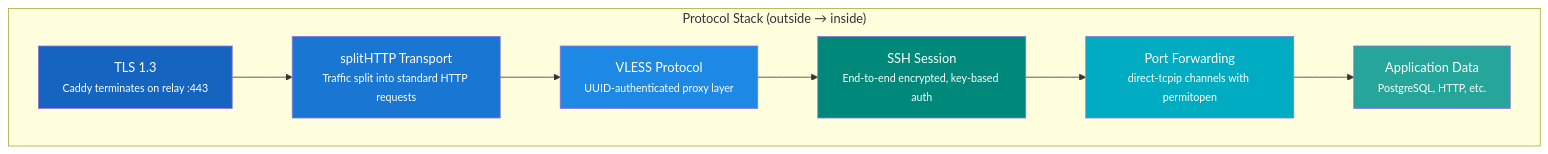
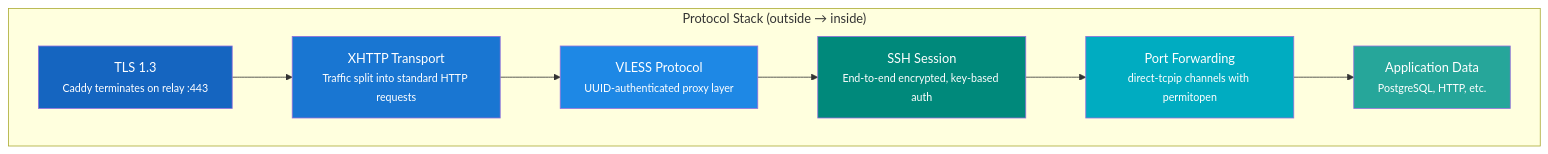
Before and after one commit to Tunnel-Whisperer/Tunnel-Whisperer: the first of 2 diagrams in docs/architecture/solution-strategy.md, drawn with Mermaid. The commit also changed other lines of this file and 34 other files, not shown here.

Commit message:
splithttp -> xhttp for btter performance on traffic bursts and doc update

````diff
--- a/docs/architecture/solution-strategy.md
+++ b/docs/architecture/solution-strategy.md
@@ -7,20 +7,20 @@
 ```mermaid
 graph TB
     subgraph "Protocol Stack (outside → inside)"
         TLS["TLS 1.3<br/><small>Caddy terminates on relay :443</small>"]
-        HTTP["splitHTTP Transport<br/><small>Traffic split into standard HTTP requests</small>"]
+        HTTP["XHTTP Transport<br/><small>Traffic split into standard HTTP requests</small>"]
         VLESS["VLESS Protocol<br/><small>UUID-authenticated proxy layer</small>"]
         SSH["SSH Session<br/><small>End-to-end encrypted, key-based auth</small>"]
         FWD["Port Forwarding<br/><small>direct-tcpip channels with permitopen</small>"]
         APP["Application Data<br/><small>PostgreSQL, HTTP, etc.</small>"]
     end
 
     TLS --> HTTP --> VLESS --> SSH --> FWD --> APP
 
     style TLS fill:#1565C0,color:#fff
     style HTTP fill:#1976D2,color:#fff
     style VLESS fill:#1E88E5,color:#fff
     style SSH fill:#00897B,color:#fff
     style FWD fill:#00ACC1,color:#fff
     style APP fill:#26A69A,color:#fff
 ```
````
